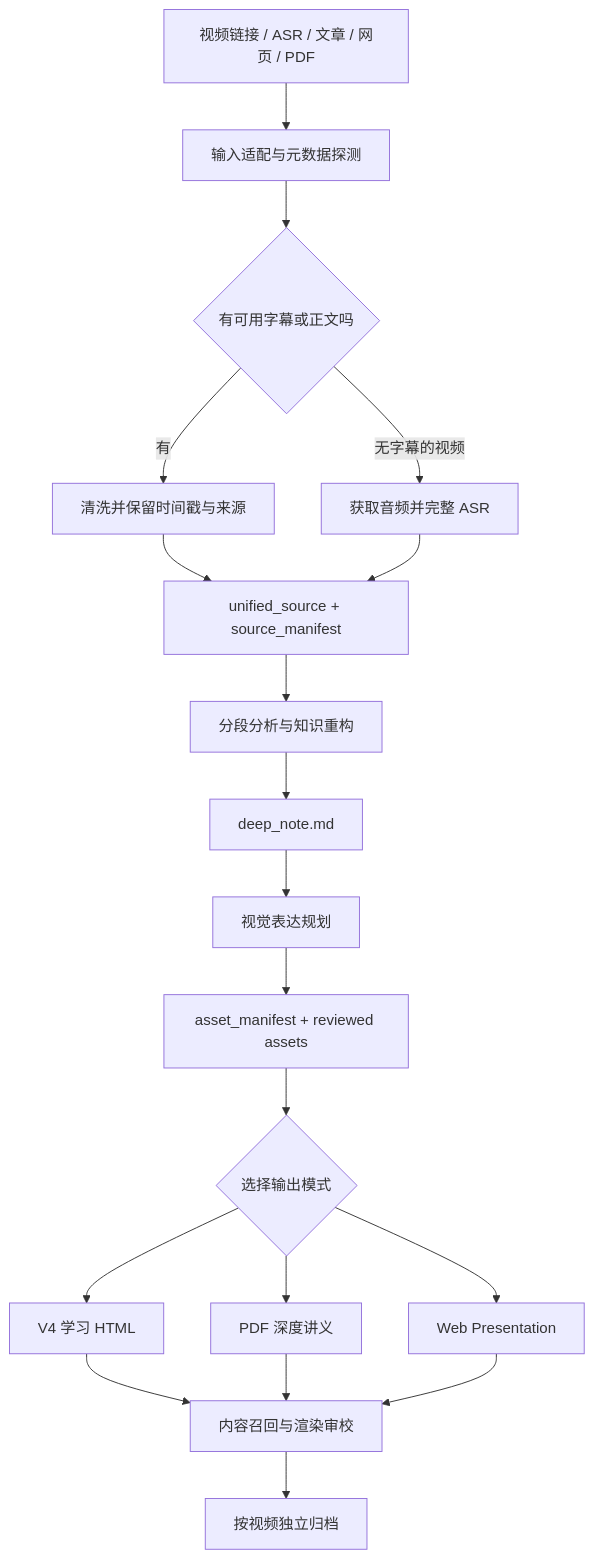
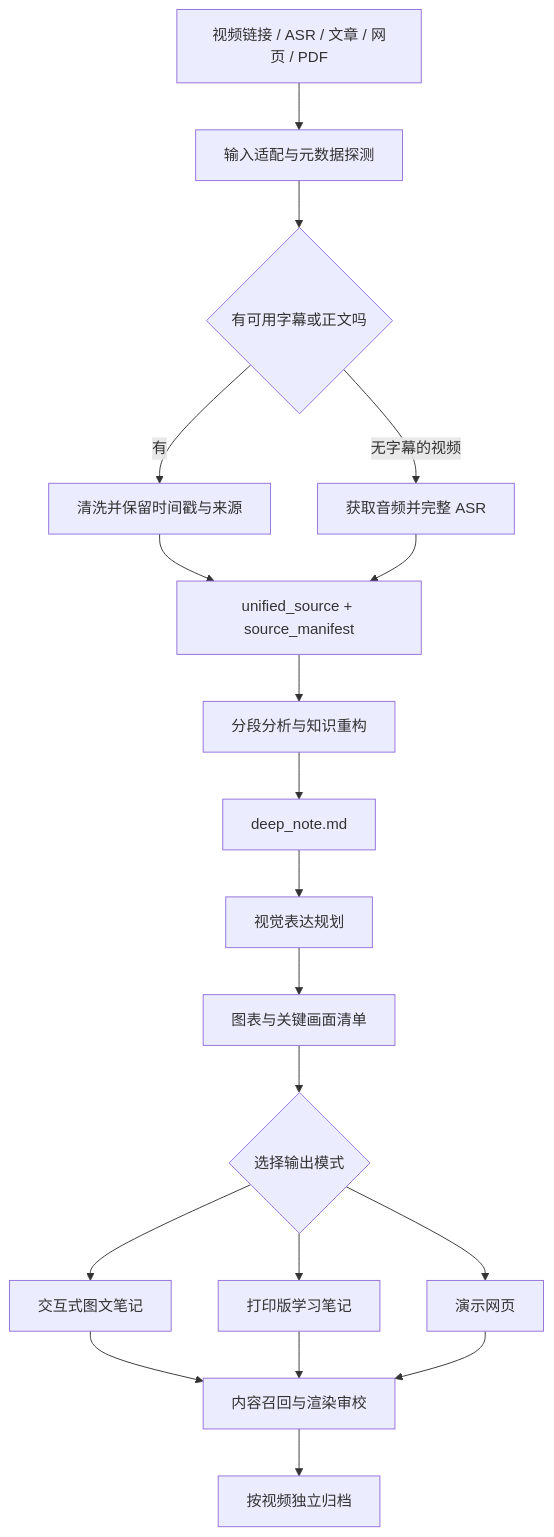
The diagram in README.md (cdy1206/video-study-pipeline), drawn with Mermaid before and after one commit. The commit also changed other lines of this file and 15 other files, not shown here.

````diff
--- a/README.md
+++ b/README.md
@@ -118,21 +139,21 @@
 ```mermaid
 flowchart TD
     A[视频链接 / ASR / 文章 / 网页 / PDF] --> B[输入适配与元数据探测]
     B --> C{有可用字幕或正文吗}
     C -->|有| D[清洗并保留时间戳与来源]
     C -->|无字幕的视频| E[获取音频并完整 ASR]
     D --> F[unified_source + source_manifest]
     E --> F
     F --> G[分段分析与知识重构]
     G --> H[deep_note.md]
     H --> I[视觉表达规划]
-    I --> J[asset_manifest + reviewed assets]
+    I --> J[图表与关键画面清单]
     J --> K{选择输出模式}
-    K --> L[V4 学习 HTML]
-    K --> M[PDF 深度讲义]
-    K --> N[Web Presentation]
+    K --> L[交互式图文笔记]
+    K --> M[打印版学习笔记]
+    K --> N[演示网页]
     L --> O[内容召回与渲染审校]
     M --> O
     N --> O
     O --> P[按视频独立归档]
 ```
````
